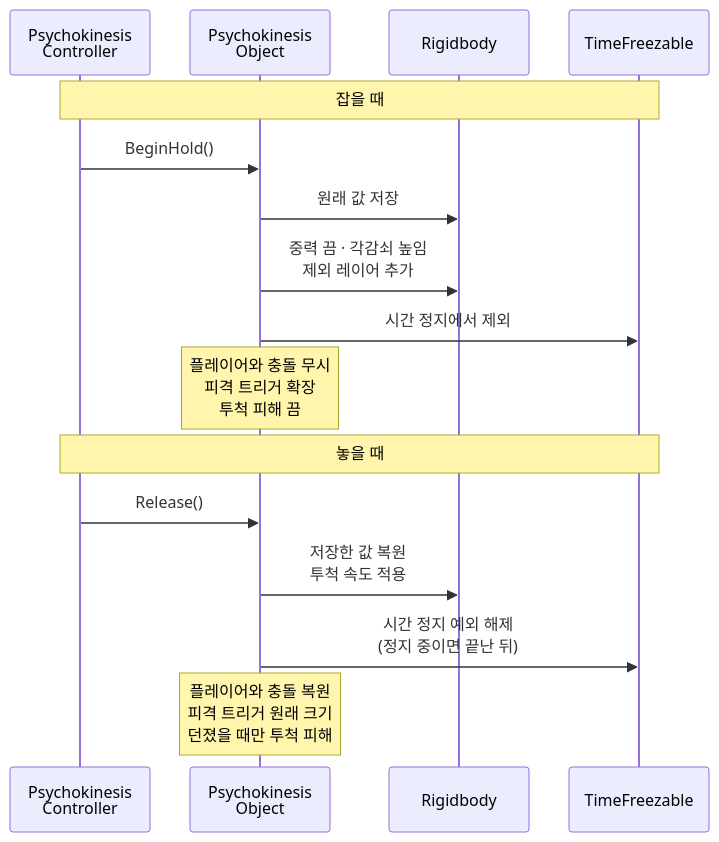
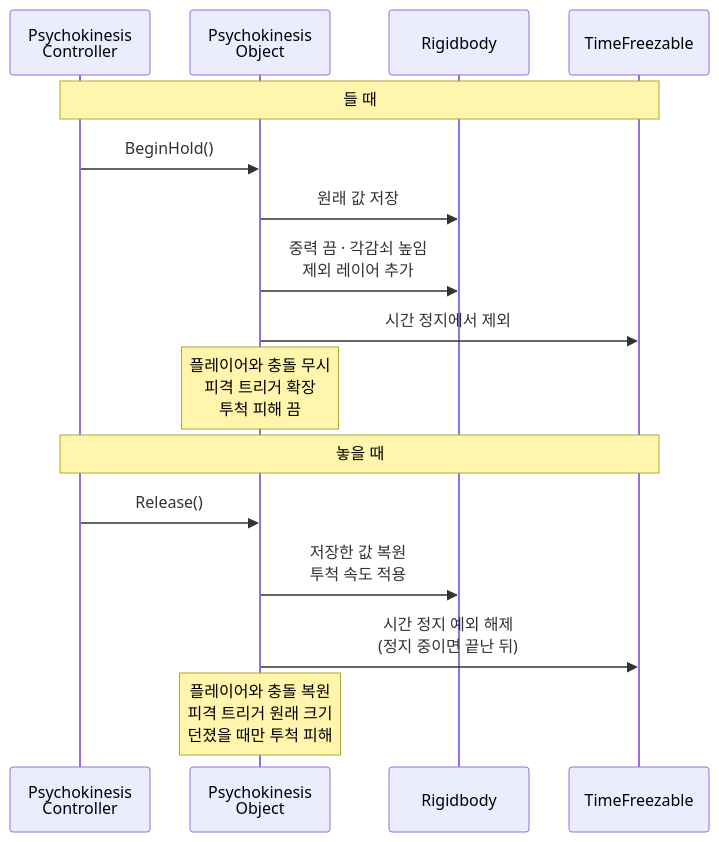
The fourth of 17 diagrams in src/1-ODDITY/TechDoc_ODDITY.md (keeeery/portfolio), drawn with Mermaid before and after one commit. The commit also changed other lines of this file and 46 other files, not shown here.

````diff
--- a/src/1-ODDITY/TechDoc_ODDITY.md
+++ b/src/1-ODDITY/TechDoc_ODDITY.md
@@ -311,21 +324,21 @@
 ```mermaid
 %%{init: {"sequence": {"width": 140, "actorMargin": 40, "messageMargin": 30, "noteMargin": 8, "boxMargin": 6}}}%%
 sequenceDiagram
     participant C as Psychokinesis<br/>Controller
     participant O as Psychokinesis<br/>Object
     participant R as Rigidbody
     participant T as TimeFreezable
 
-    Note over C,T: 잡을 때
+    Note over C,T: 들 때
     C->>O: BeginHold()
     O->>R: 원래 값 저장
     O->>R: 중력 끔 · 각감쇠 높임<br/>제외 레이어 추가
     O->>T: 시간 정지에서 제외
     Note over O: 플레이어와 충돌 무시<br/>피격 트리거 확장<br/>투척 피해 끔
 
     Note over C,T: 놓을 때
     C->>O: Release()
     O->>R: 저장한 값 복원<br/>투척 속도 적용
     O->>T: 시간 정지 예외 해제<br/>(정지 중이면 끝난 뒤)
     Note over O: 플레이어와 충돌 복원<br/>피격 트리거 원래 크기<br/>던졌을 때만 투척 피해
 ```
````
